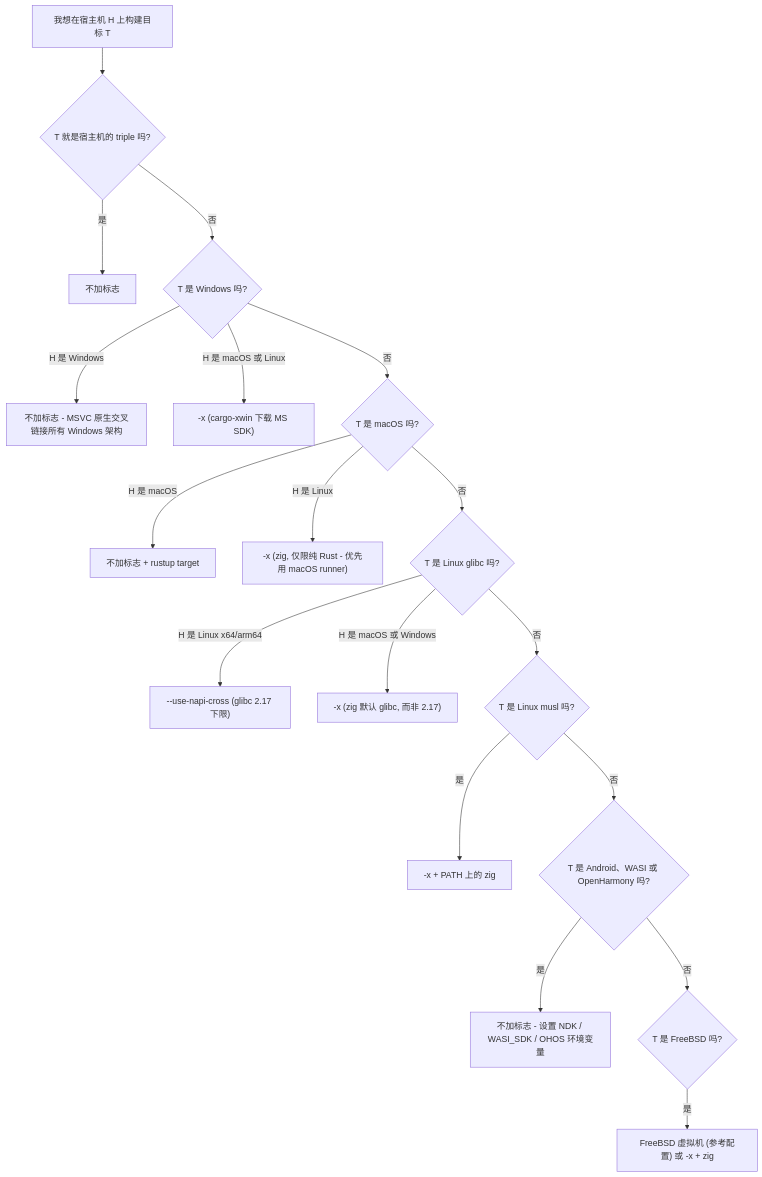
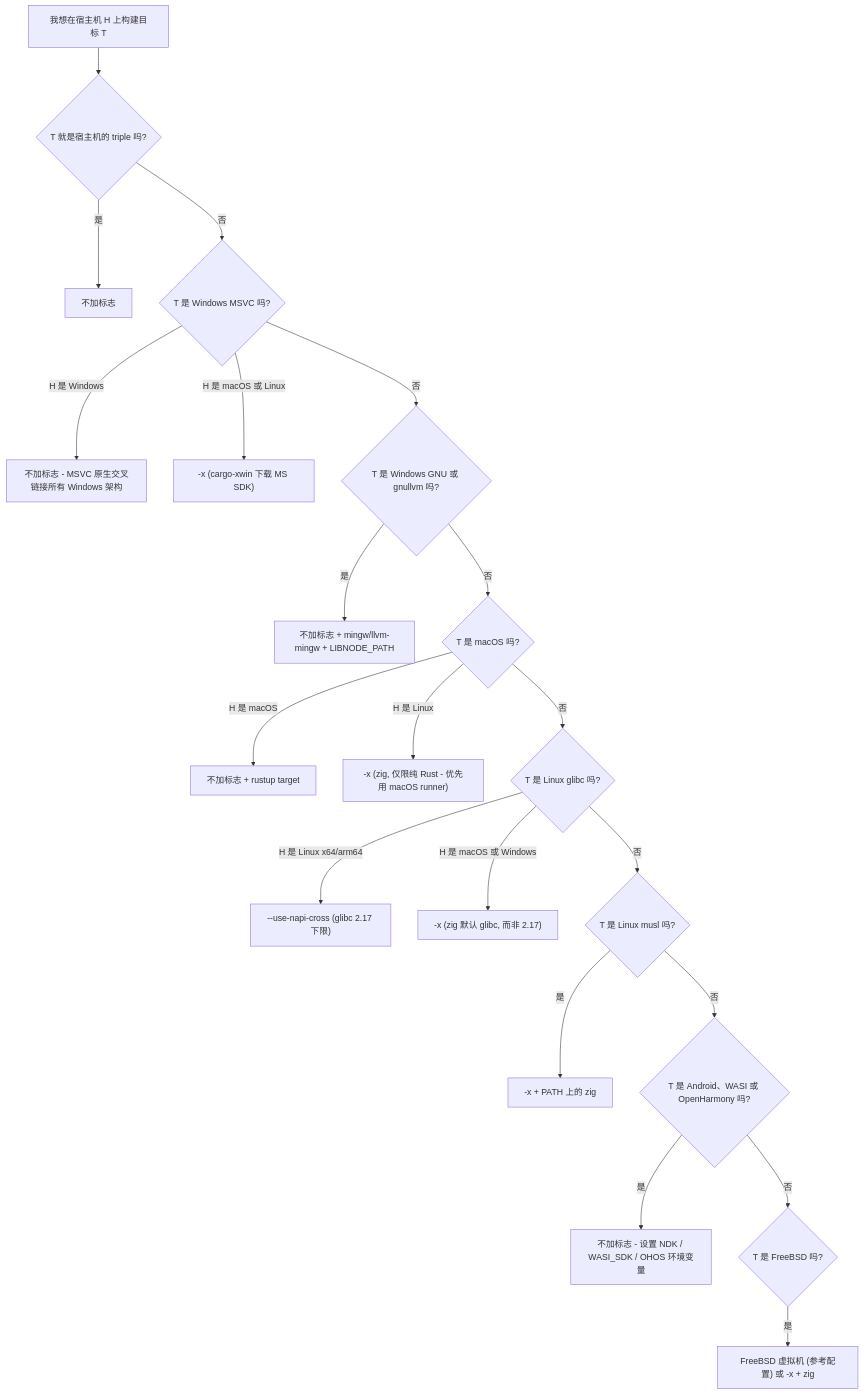
One commit to napi-rs/website changed the diagram in content/docs/cross-build.cn.mdx. Above: the diagram before and after it, drawn with Mermaid. The commit also changed other lines of this file and 299 other files, not shown here.

````diff
--- a/content/docs/cross-build.cn.mdx
+++ b/content/docs/cross-build.cn.mdx
@@ -50,20 +48,22 @@
 ```mermaid
 flowchart TD
     A["我想在宿主机 H 上构建目标 T"] --> B{"T 就是宿主机的 triple 吗?"}
     B -- "是" --> N0["不加标志"]
-    B -- "否" --> C{"T 是 Windows 吗?"}
+    B -- "否" --> C{"T 是 Windows MSVC 吗?"}
     C -- "H 是 Windows" --> N1["不加标志 - MSVC 原生交叉链接所有 Windows 架构"]
     C -- "H 是 macOS 或 Linux" --> X1["-x (cargo-xwin 下载 MS SDK)"]
-    C -- "否" --> D{"T 是 macOS 吗?"}
+    C -- "否" --> WG{"T 是 Windows GNU 或 gnullvm 吗?"}
+    WG -- "是" --> WGN["不加标志 + mingw/llvm-mingw + LIBNODE_PATH"]
+    WG -- "否" --> D{"T 是 macOS 吗?"}
     D -- "H 是 macOS" --> N2["不加标志 + rustup target"]
     D -- "H 是 Linux" --> X2["-x (zig, 仅限纯 Rust - 优先用 macOS runner)"]
     D -- "否" --> E{"T 是 Linux glibc 吗?"}
     E -- "H 是 Linux x64/arm64" --> NC["--use-napi-cross (glibc 2.17 下限)"]
     E -- "H 是 macOS 或 Windows" --> X3["-x (zig 默认 glibc, 而非 2.17)"]
     E -- "否" --> F{"T 是 Linux musl 吗?"}
     F -- "是" --> X4["-x + PATH 上的 zig"]
     F -- "否" --> G{"T 是 Android、WASI 或 OpenHarmony 吗?"}
     G -- "是" --> N3["不加标志 - 设置 NDK / WASI_SDK / OHOS 环境变量"]
     G -- "否" --> H2{"T 是 FreeBSD 吗?"}
     H2 -- "是" --> VM["FreeBSD 虚拟机 (参考配置) 或 -x + zig"]
 ```
````
